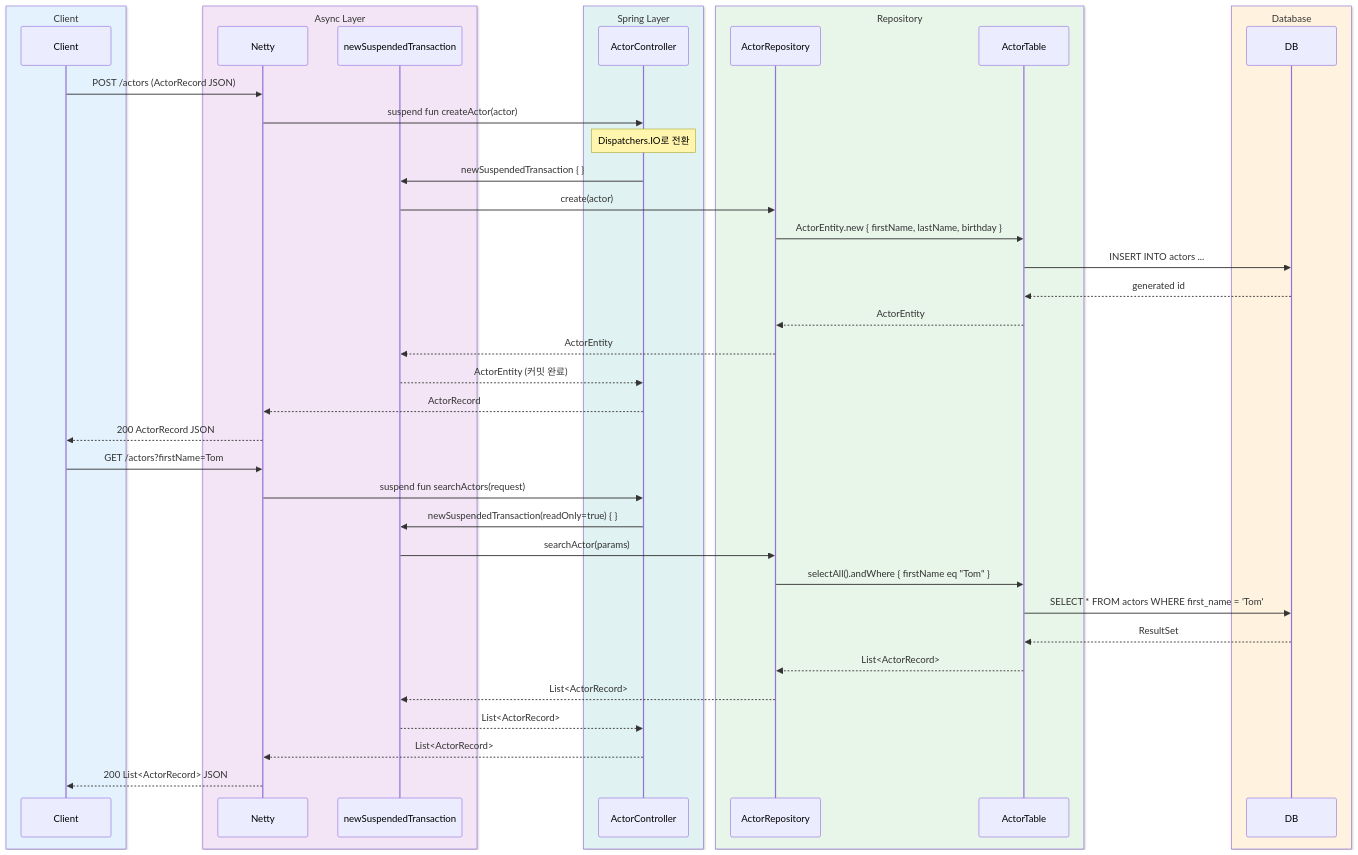
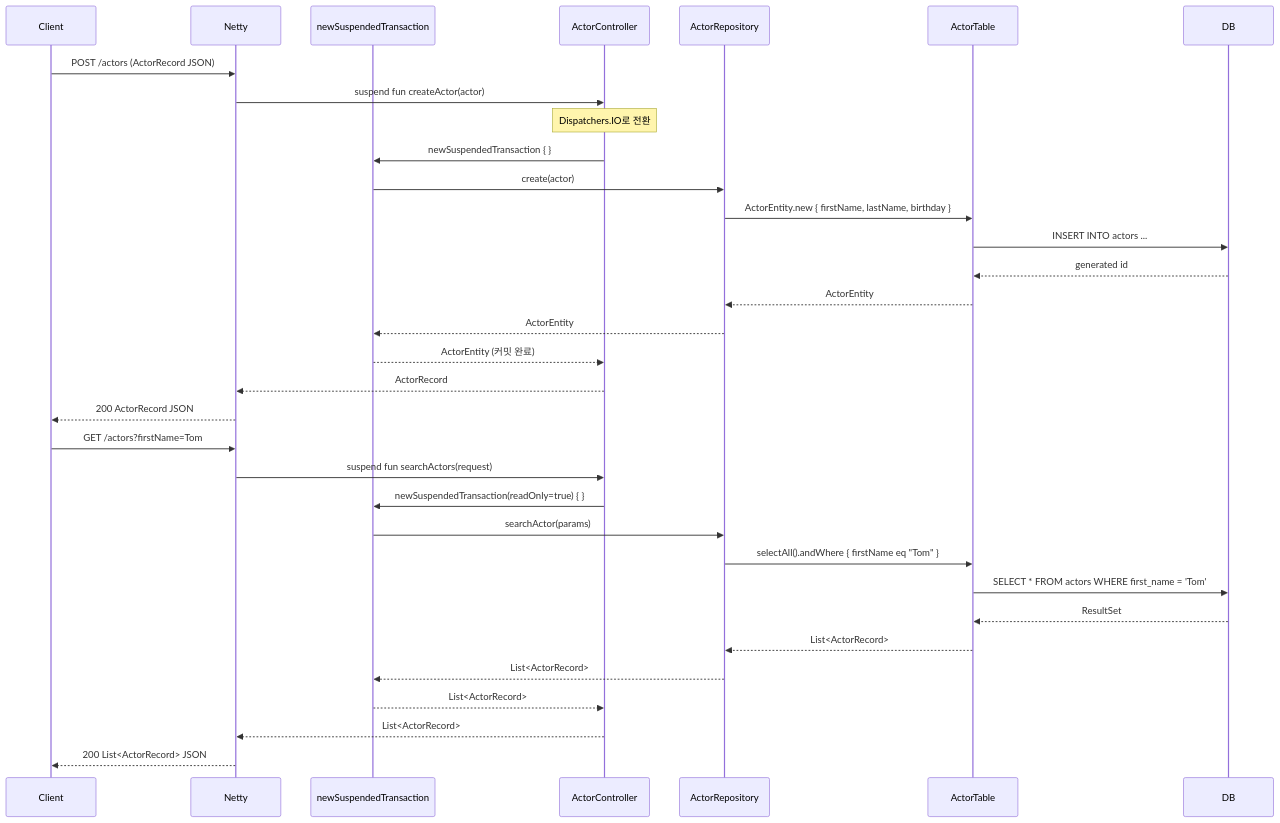
One commit to bluetape4k/exposed-workshop changed the second of 3 diagrams in 01-spring-boot/spring-webflux-exposed/README.ko.md. Above: the diagram before and after it, drawn with Mermaid. The commit also changed 42 other files, not shown here.

First line of the commit message:
docs: sequence diagram에서 box rgb() 제거 (option 1 - GitHub dark mode 기본 렌더링 사용)

````diff
--- a/01-spring-boot/spring-webflux-exposed/README.ko.md
+++ b/01-spring-boot/spring-webflux-exposed/README.ko.md
@@ -199,48 +199,38 @@
 ```mermaid
 %%{init: {"theme": "neutral", "themeVariables": {"fontFamily": "'Comic Mono', 'goorm sans code', 'JetBrains Mono', 'goorm sans'"}}}%%
 sequenceDiagram
-    box rgb(227, 242, 253) Client
-        participant Client
-    end
-    box rgb(243, 229, 245) Async Layer
-        participant Netty
-        participant newSuspendedTransaction
-    end
-    box rgb(224, 242, 241) Spring Layer
-        participant ActorController
-    end
-    box rgb(232, 245, 233) Repository
-        participant ActorRepository
-        participant ActorTable
-    end
-    box rgb(255, 243, 224) Database
-        participant DB
-    end
+    participant Client
+    participant Netty
+    participant newSuspendedTransaction
+    participant ActorController
+    participant ActorRepository
+    participant ActorTable
+    participant DB
 
     Client->>Netty: POST /actors (ActorRecord JSON)
     Netty->>ActorController: suspend fun createActor(actor)
     Note over ActorController: Dispatchers.IO로 전환
     ActorController->>newSuspendedTransaction: newSuspendedTransaction { }
     newSuspendedTransaction->>ActorRepository: create(actor)
     ActorRepository->>ActorTable: ActorEntity.new { firstName, lastName, birthday }
     ActorTable->>DB: INSERT INTO actors ...
     DB-->>ActorTable: generated id
     ActorTable-->>ActorRepository: ActorEntity
     ActorRepository-->>newSuspendedTransaction: ActorEntity
     newSuspendedTransaction-->>ActorController: ActorEntity (커밋 완료)
     ActorController-->>Netty: ActorRecord
     Netty-->>Client: 200 ActorRecord JSON
 
     Client->>Netty: GET /actors?firstName=Tom
     Netty->>ActorController: suspend fun searchActors(request)
     ActorController->>newSuspendedTransaction: newSuspendedTransaction(readOnly=true) { }
     newSuspendedTransaction->>ActorRepository: searchActor(params)
     ActorRepository->>ActorTable: selectAll().andWhere { firstName eq "Tom" }
     ActorTable->>DB: SELECT * FROM actors WHERE first_name = 'Tom'
     DB-->>ActorTable: ResultSet
     ActorTable-->>ActorRepository: List<ActorRecord>
     ActorRepository-->>newSuspendedTransaction: List<ActorRecord>
     newSuspendedTransaction-->>ActorController: List<ActorRecord>
     ActorController-->>Netty: List<ActorRecord>
     Netty-->>Client: 200 List<ActorRecord> JSON
 ```
````
